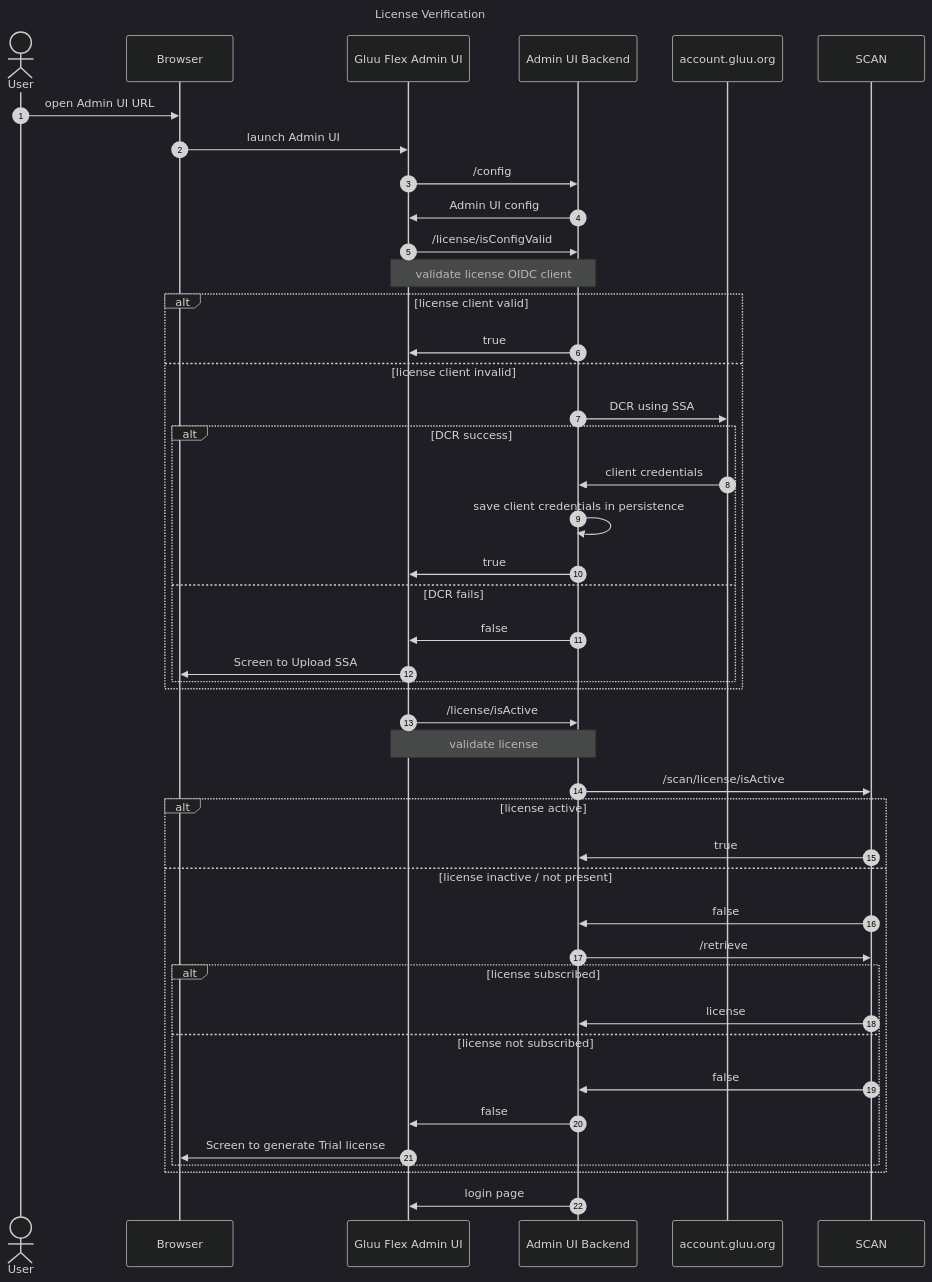
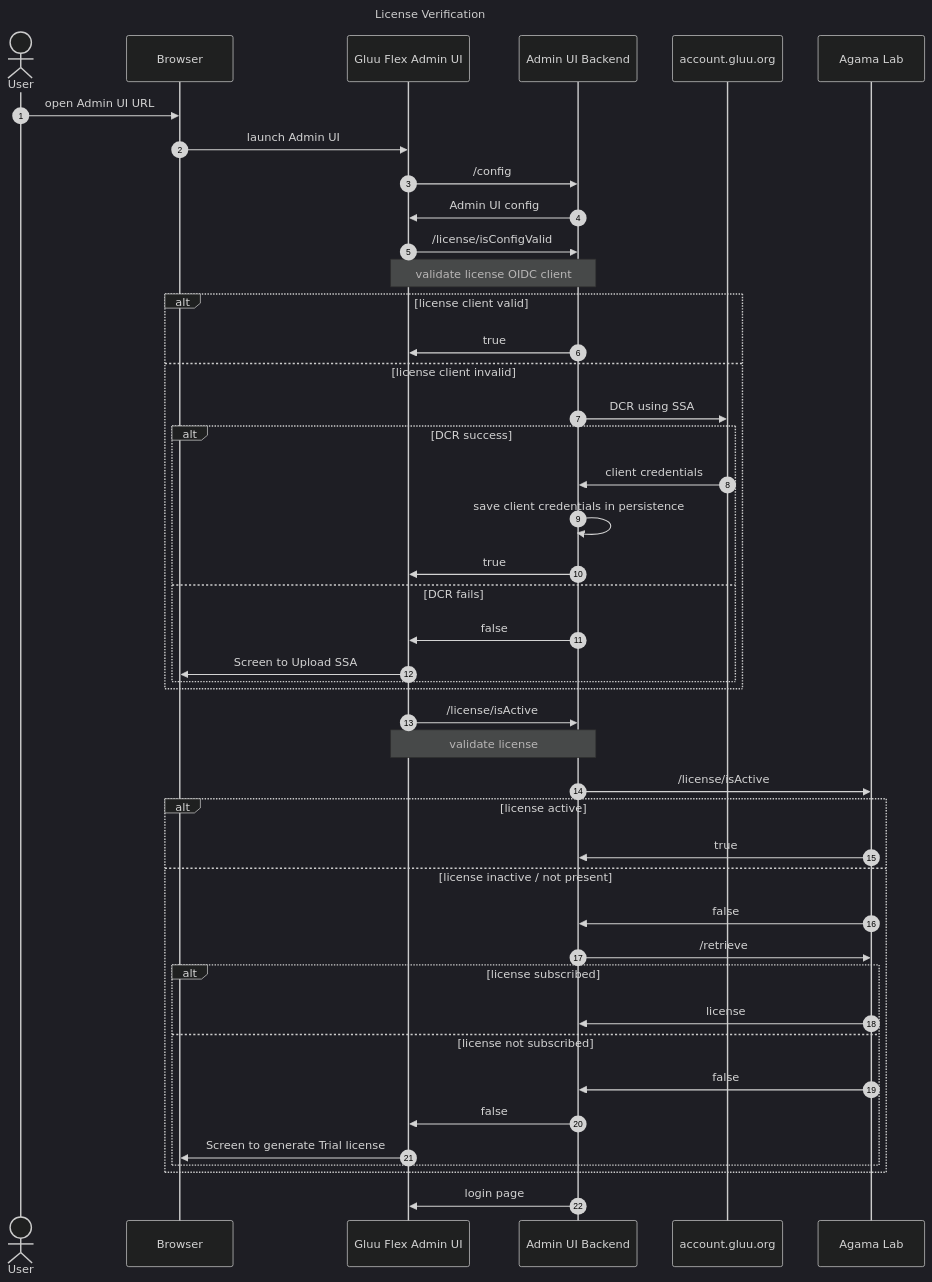
The first of 4 diagrams in docs/admin/admin-ui/auth-server-interaction.md (GluuFederation/flex), drawn with Mermaid (dark theme) before and after one commit. The commit also changed other lines of this file and 48 other files, not shown here.

````diff
--- a/docs/admin/admin-ui/auth-server-interaction.md
+++ b/docs/admin/admin-ui/auth-server-interaction.md
@@ -23,44 +23,44 @@
 ```mermaid
 
 sequenceDiagram
 title License Verification
 autonumber
 actor User
 User->>Browser: open Admin UI URL
 Browser->>Gluu Flex Admin UI: launch Admin UI
 Gluu Flex Admin UI->>Admin UI Backend: /config
 Admin UI Backend->>Gluu Flex Admin UI: Admin UI config
 Gluu Flex Admin UI->>Admin UI Backend: /license/isConfigValid 
 Note over Gluu Flex Admin UI,Admin UI Backend: validate license OIDC client
 alt license client valid
     Admin UI Backend->>Gluu Flex Admin UI: true
 else license client invalid
     Admin UI Backend->>account.gluu.org: DCR using SSA
 
     alt DCR success
         account.gluu.org->>Admin UI Backend: client credentials
         Admin UI Backend->>Admin UI Backend: save client credentials in persistence
         Admin UI Backend->>Gluu Flex Admin UI: true
     else DCR fails
         Admin UI Backend->>Gluu Flex Admin UI: false
         Gluu Flex Admin UI->>Browser: Screen to Upload SSA
     end
 end
 Gluu Flex Admin UI->>Admin UI Backend: /license/isActive
 Note over Gluu Flex Admin UI,Admin UI Backend: validate license
-Admin UI Backend->>SCAN: /scan/license/isActive
+Admin UI Backend->>Agama Lab: /license/isActive
 alt license active
-    SCAN->>Admin UI Backend: true
+    Agama Lab->>Admin UI Backend: true
 else license inactive / not present
-    SCAN->>Admin UI Backend: false
-    Admin UI Backend->>SCAN: /retrieve
+    Agama Lab->>Admin UI Backend: false
+    Admin UI Backend->>Agama Lab: /retrieve
     alt license subscribed
-        SCAN->>Admin UI Backend: license
+        Agama Lab->>Admin UI Backend: license
     else license not subscribed
-        SCAN->>Admin UI Backend: false
+        Agama Lab->>Admin UI Backend: false
         Admin UI Backend->>Gluu Flex Admin UI: false
         Gluu Flex Admin UI->>Browser: Screen to generate Trial license
     end
 end
 Admin UI Backend->>Gluu Flex Admin UI: login page
 ```
````
